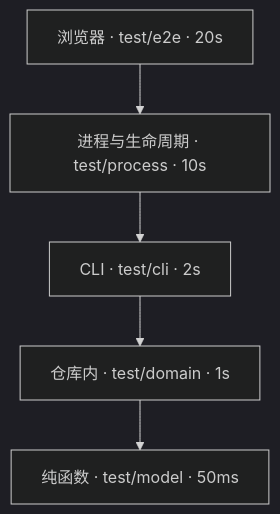
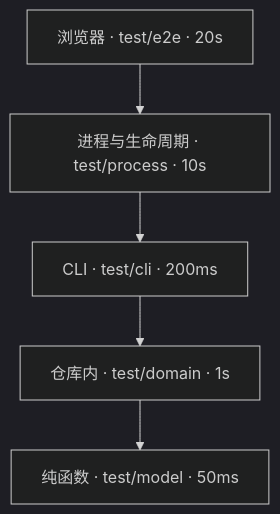
Before and after one commit to CorrectRoadH/Concord: the diagram in docs/engineering/testing/README.md, drawn with Mermaid (dark theme). The commit also changed other lines of this file and 2 other files, not shown here.

First line of the commit message:
docs: test architecture by observable boundary, in-process CLI, shared services and cost reporting

````diff
--- a/docs/engineering/testing/README.md
+++ b/docs/engineering/testing/README.md
@@ -76,9 +76,9 @@
 ```mermaid
 flowchart TB
   E2E["浏览器 · test/e2e · 20s"]
   PROC["进程与生命周期 · test/process · 10s"]
-  CLI["CLI · test/cli · 2s"]
+  CLI["CLI · test/cli · 200ms"]
   REPO["仓库内 · test/domain · 1s"]
   PURE["纯函数 · test/model · 50ms"]
   E2E --> PROC --> CLI --> REPO --> PURE
 ```
````
